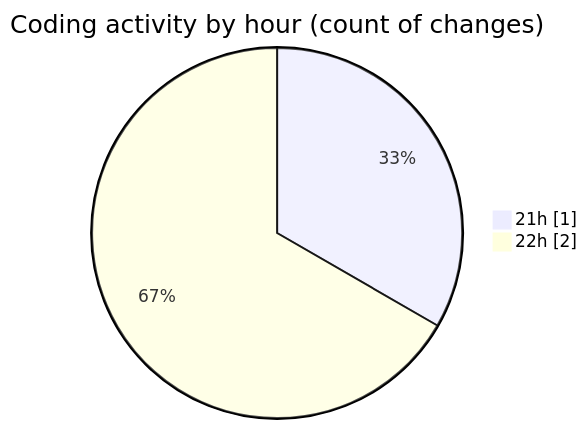
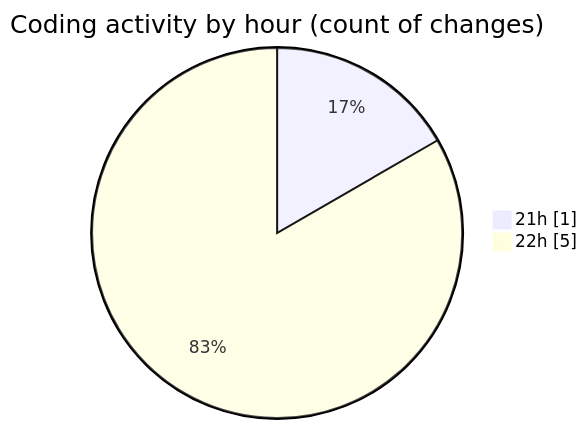
One commit to nxtqubesakshisongat/code-tracking changed the second of 2 diagrams in 2026-02-21/nxtqube_webapp/README.md. Above: the diagram before and after it, drawn with Mermaid. The commit also changed other lines of this file and 1 other file, not shown here.

````diff
--- a/2026-02-21/nxtqube_webapp/README.md
+++ b/2026-02-21/nxtqube_webapp/README.md
@@ -28,6 +28,6 @@
 ```mermaid
 pie showData
 title Coding activity by hour (count of changes)
 "21h" : 1
-"22h" : 2
+"22h" : 5
 ```
````
